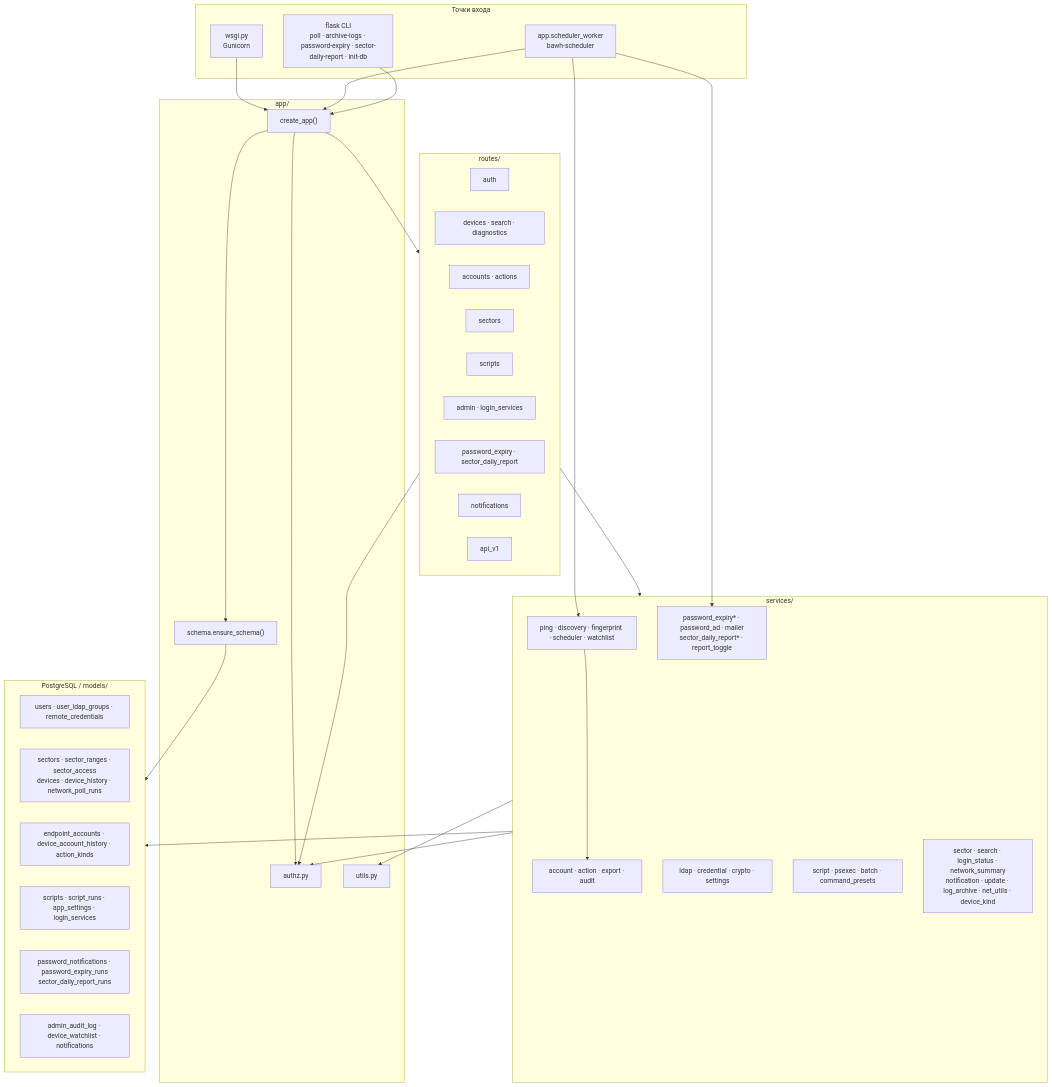
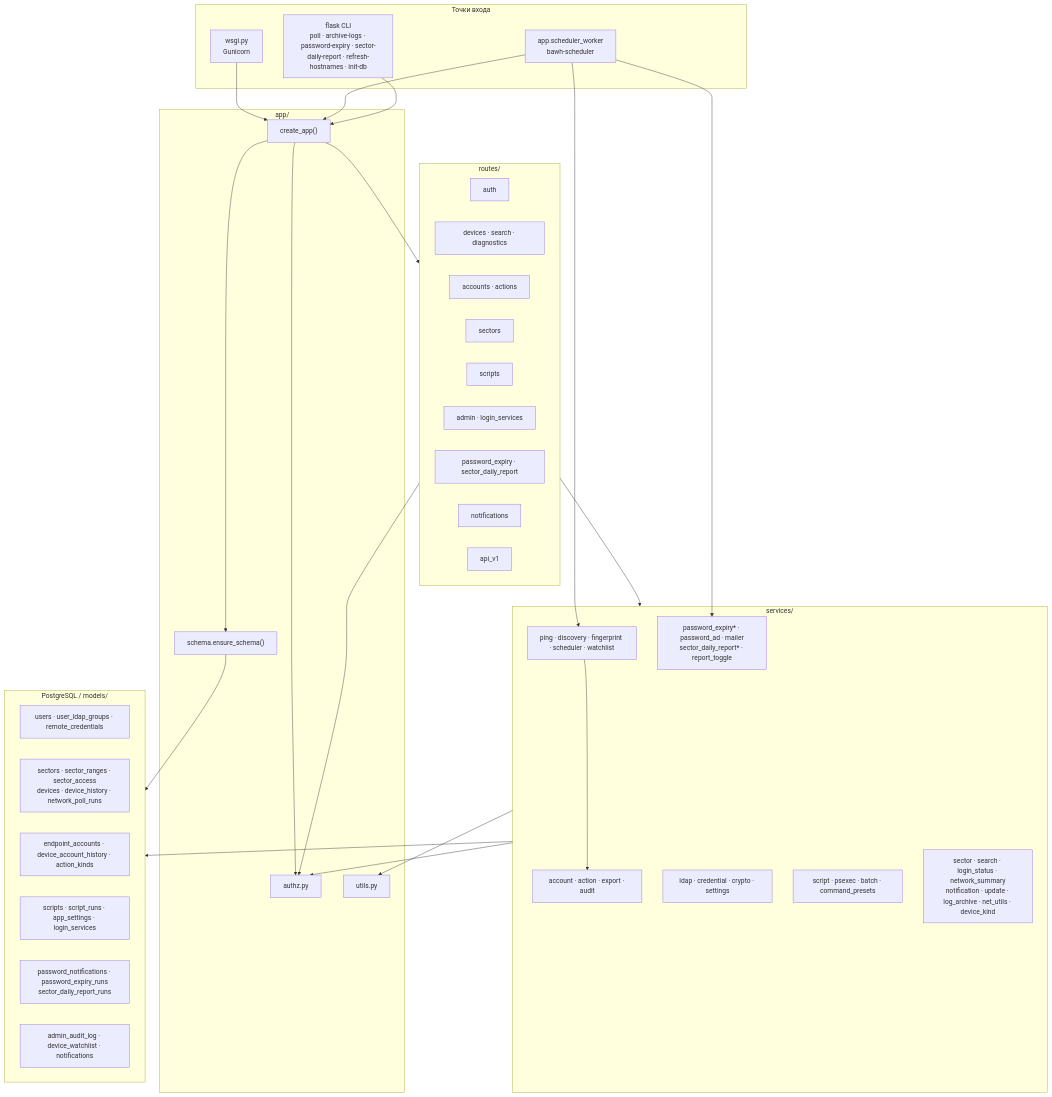
Before and after one commit to blazerity/admin-webhelper: the first of 2 diagrams in docs/ARCHITECTURE.md, drawn with Mermaid. The commit also changed other lines of this file and 8 other files, not shown here.

````diff
--- a/docs/ARCHITECTURE.md
+++ b/docs/ARCHITECTURE.md
@@ -113,61 +113,61 @@
 ```mermaid
 flowchart TB
   subgraph entry["Точки входа"]
     WSGI["wsgi.py<br/>Gunicorn"]
     SCHED["app.scheduler_worker<br/>bawh-scheduler"]
-    CLI["flask CLI<br/>poll · archive-logs · password-expiry · sector-daily-report · init-db"]
+    CLI["flask CLI<br/>poll · archive-logs · password-expiry · sector-daily-report · refresh-hostnames · init-db"]
   end
 
   subgraph app_core["app/"]
     CREATE["create_app()"]
     SCHEMA["schema.ensure_schema()"]
     AUTH["authz.py"]
     UTILS["utils.py"]
   end
 
   subgraph http["routes/"]
     R_AUTH["auth"]
     R_DEV["devices · search · diagnostics"]
     R_ACC["accounts · actions"]
     R_SEC["sectors"]
     R_SCR["scripts"]
     R_ADM["admin · login_services"]
     R_PWD["password_expiry · sector_daily_report"]
     R_NTF["notifications"]
     R_API["api_v1"]
   end
 
   subgraph services["services/"]
     S_POLL["ping · discovery · fingerprint · scheduler · watchlist"]
     S_ACC["account · action · export · audit"]
     S_ID["ldap · credential · crypto · settings"]
     S_RUN["script · psexec · batch · command_presets"]
     S_PWD["password_expiry* · password_ad · mailer<br/>sector_daily_report* · report_toggle"]
     S_OTH["sector · search · login_status · network_summary<br/>notification · update · log_archive · net_utils · device_kind"]
   end
 
   subgraph data["PostgreSQL / models/"]
     M_USER["users · user_ldap_groups · remote_credentials"]
     M_NET["sectors · sector_ranges · sector_access<br/>devices · device_history · network_poll_runs"]
     M_ACC["endpoint_accounts · device_account_history · action_kinds"]
     M_SCR["scripts · script_runs · app_settings · login_services"]
     M_PWD["password_notifications · password_expiry_runs<br/>sector_daily_report_runs"]
     M_NTF["admin_audit_log · device_watchlist · notifications"]
   end
 
   WSGI --> CREATE
   SCHED --> CREATE
   CLI --> CREATE
   CREATE --> SCHEMA
   CREATE --> http
   CREATE --> AUTH
   http --> services
   http --> AUTH
   SCHED --> S_POLL
   SCHED --> S_PWD
   services --> data
   services --> AUTH
   services --> UTILS
   S_POLL --> S_ACC
   SCHEMA --> data
 ```
````
